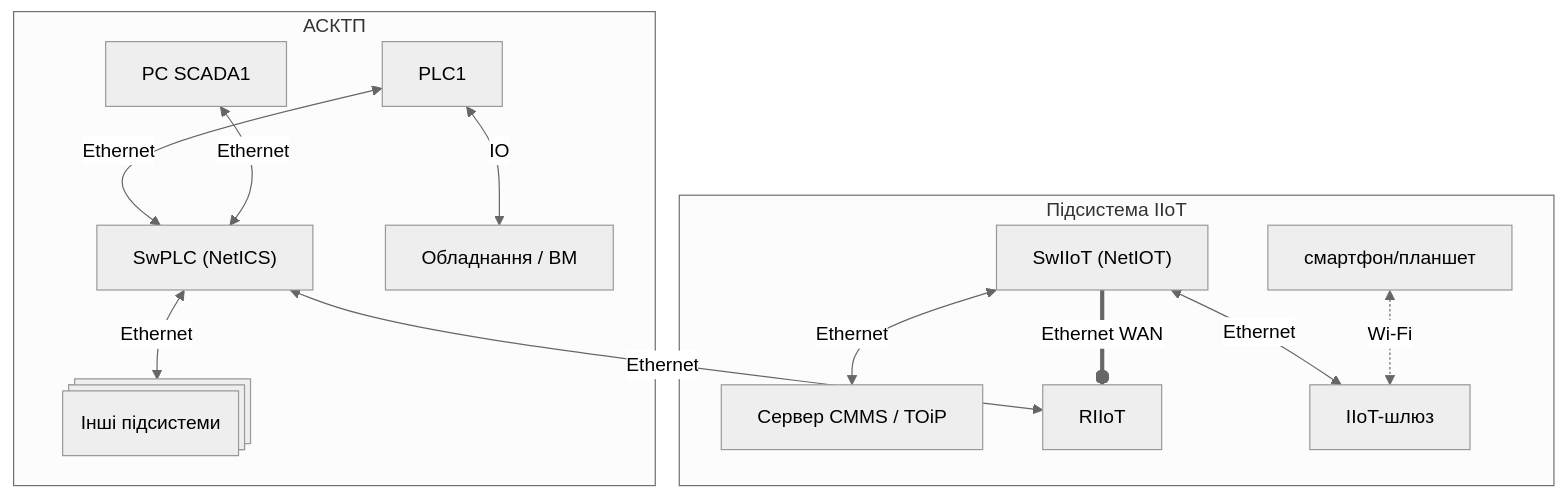
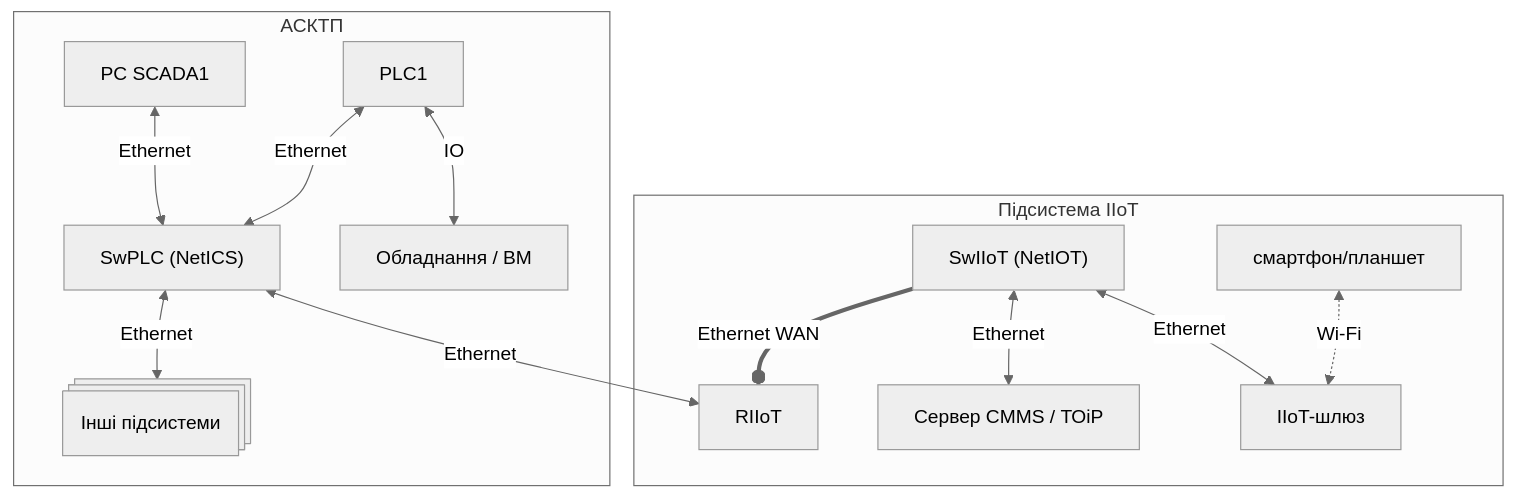
One commit to pupenasan/pkis changed the first of 4 diagrams in kurs2025/6_5.md. Above: the diagram before and after it, drawn with Mermaid (neutral theme). The commit also changed other lines of this file and 88 other files, not shown here.

````diff
--- a/kurs2025/6_5.md
+++ b/kurs2025/6_5.md
@@ -49,31 +49,31 @@
 ```mermaid
 flowchart TD
     subgraph ICS[АСКТП]
     	%% підсистема АСТКП
     	SwPLC["SwPLC (NetICS)"]
     	SCADA[PC SCADA1]
     	PLC1[PLC1]
     	EQ[Обладнання / ВМ]
         OtherSubSys@{ shape: processes, label: "Інші підсистеми" }
     end
     %% підсистема IIoT
     subgraph IIoT[Підсистема IIoT]
+        RIIoT[RIIoT]
         CMMS[Сервер CMMS / ТОіР]
 		PHONE[смартфон/планшет]
-		RIIoT[RIIoT]
 		SwIIoT["SwIIoT (NetIOT)"]
         IoTGw[IIoT-шлюз]
 	end 
     %% Зв’язки
      
+    SCADA <--> |Ethernet| SwPLC
     PLC1 <-->|Ethernet| SwPLC
     PLC1 <--> |IO| EQ 
     SwPLC <--> |Ethernet| OtherSubSys
-    SCADA <--> |Ethernet| SwPLC
     SwPLC <--> |Ethernet| RIIoT
     SwIIoT ==o |Ethernet WAN| RIIoT
 	SwIIoT <-->|Ethernet| IoTGw
     SwIIoT <-->|Ethernet|CMMS
     PHONE <-.->|Wi-Fi| IoTGw
 
 ```
````
